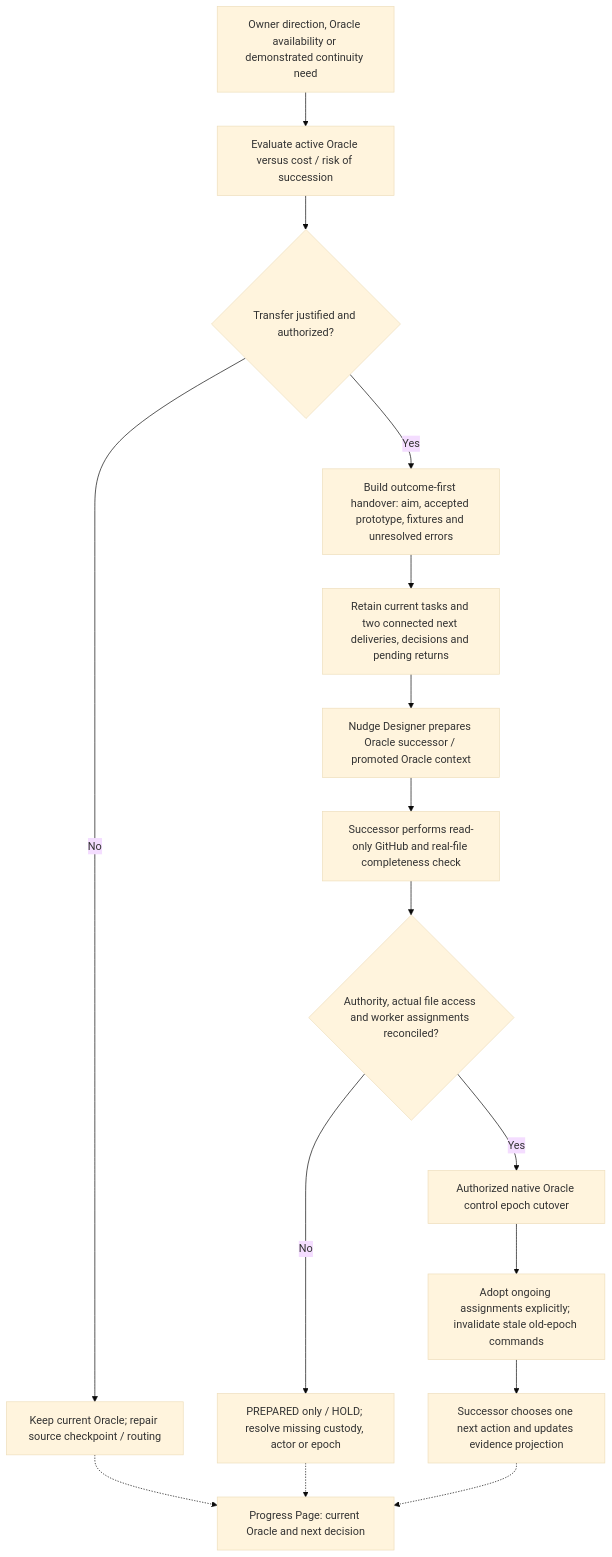
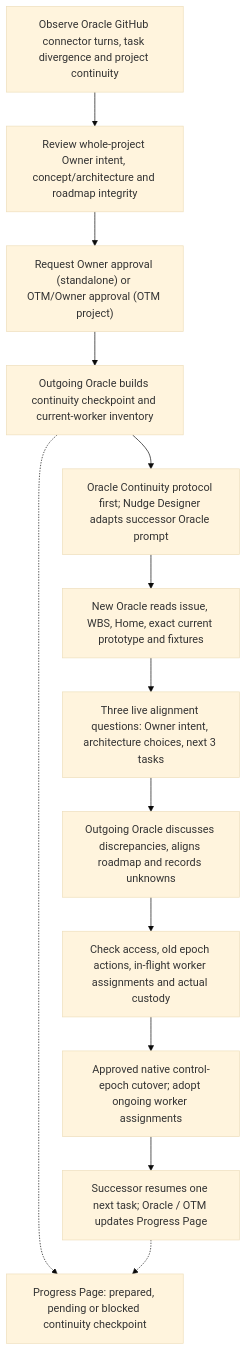
Before and after one commit to reallakshman19/Common: the fifth of 5 diagrams in skills/agent-work/ENTRY_PROCESS_MAPS.md, drawn with Mermaid (base theme). The commit also changed other lines of this file, not shown here.

Commit message:
docs(agent-work): correct five maps for Oracle ownership, Cycle now, v3.6 and project Home

````diff
--- a/skills/agent-work/ENTRY_PROCESS_MAPS.md
+++ b/skills/agent-work/ENTRY_PROCESS_MAPS.md
@@ -134,18 +121,16 @@
 ```mermaid
 flowchart TD
-  E0["Owner direction, Oracle availability or demonstrated continuity need"] --> E1["Evaluate active Oracle versus cost / risk of succession"]
-  E1 --> E2{"Transfer justified and authorized?"}
-  E2 -->|No| EK["Keep current Oracle; repair source checkpoint / routing"]
-  E2 -->|Yes| E3["Build outcome-first handover: aim, accepted prototype, fixtures and unresolved errors"]
-  E3 --> E4["Retain current tasks and two connected next deliveries, decisions and pending returns"]
-  E4 --> E5["Nudge Designer prepares Oracle successor / promoted Oracle context"]
-  E5 --> E6["Successor performs read-only GitHub and real-file completeness check"]
-  E6 --> E7{"Authority, actual file access and worker assignments reconciled?"}
-  E7 -->|No| EH["PREPARED only / HOLD; resolve missing custody, actor or epoch"]
-  E7 -->|Yes| E8["Authorized native Oracle control epoch cutover"]
-  E8 --> E9["Adopt ongoing assignments explicitly; invalidate stale old-epoch commands"]
-  E9 --> E10["Successor chooses one next action and updates evidence projection"]
-  EK -.-> EP["Progress Page: current Oracle and next decision"]
-  EH -.-> EP
+  E0["Observe Oracle GitHub connector turns, task divergence and project continuity"]
+  E0 --> E1["Review whole-project Owner intent, concept/architecture and roadmap integrity"]
+  E1 --> E2["Request Owner approval (standalone) or OTM/Owner approval (OTM project)"]
+  E2 --> E3["Outgoing Oracle builds continuity checkpoint and current-worker inventory"]
+  E3 --> E4["Oracle Continuity protocol first; Nudge Designer adapts successor Oracle prompt"]
+  E4 --> E5["New Oracle reads issue, WBS, Home, exact current prototype and fixtures"]
+  E5 --> E6["Three live alignment questions: Owner intent, architecture choices, next 3 tasks"]
+  E6 --> E7["Outgoing Oracle discusses discrepancies, aligns roadmap and records unknowns"]
+  E7 --> E8["Check access, old epoch actions, in-flight worker assignments and actual custody"]
+  E8 --> E9["Approved native control-epoch cutover; adopt ongoing worker assignments"]
+  E9 --> E10["Successor resumes one next task; Oracle / OTM updates Progress Page"]
+  E3 -.-> EP["Progress Page: prepared, pending or blocked continuity checkpoint"]
   E10 -.-> EP
 ```
````
